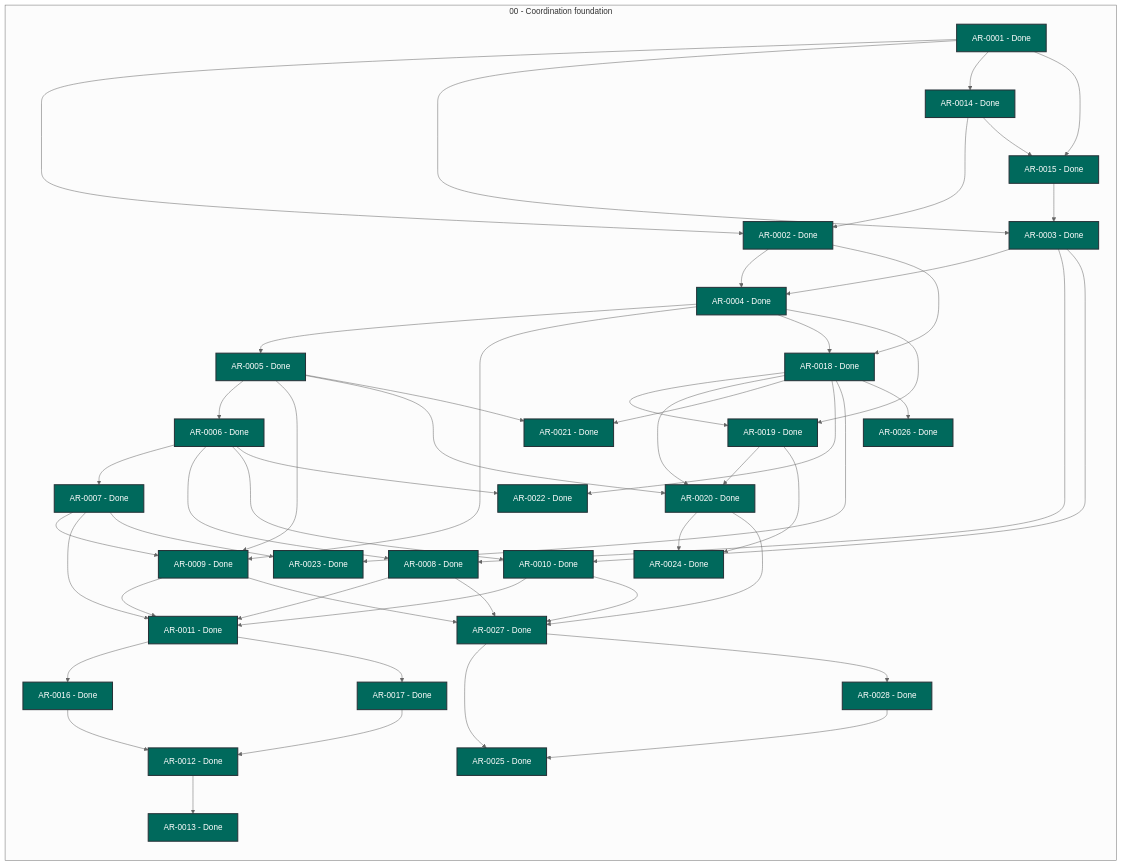
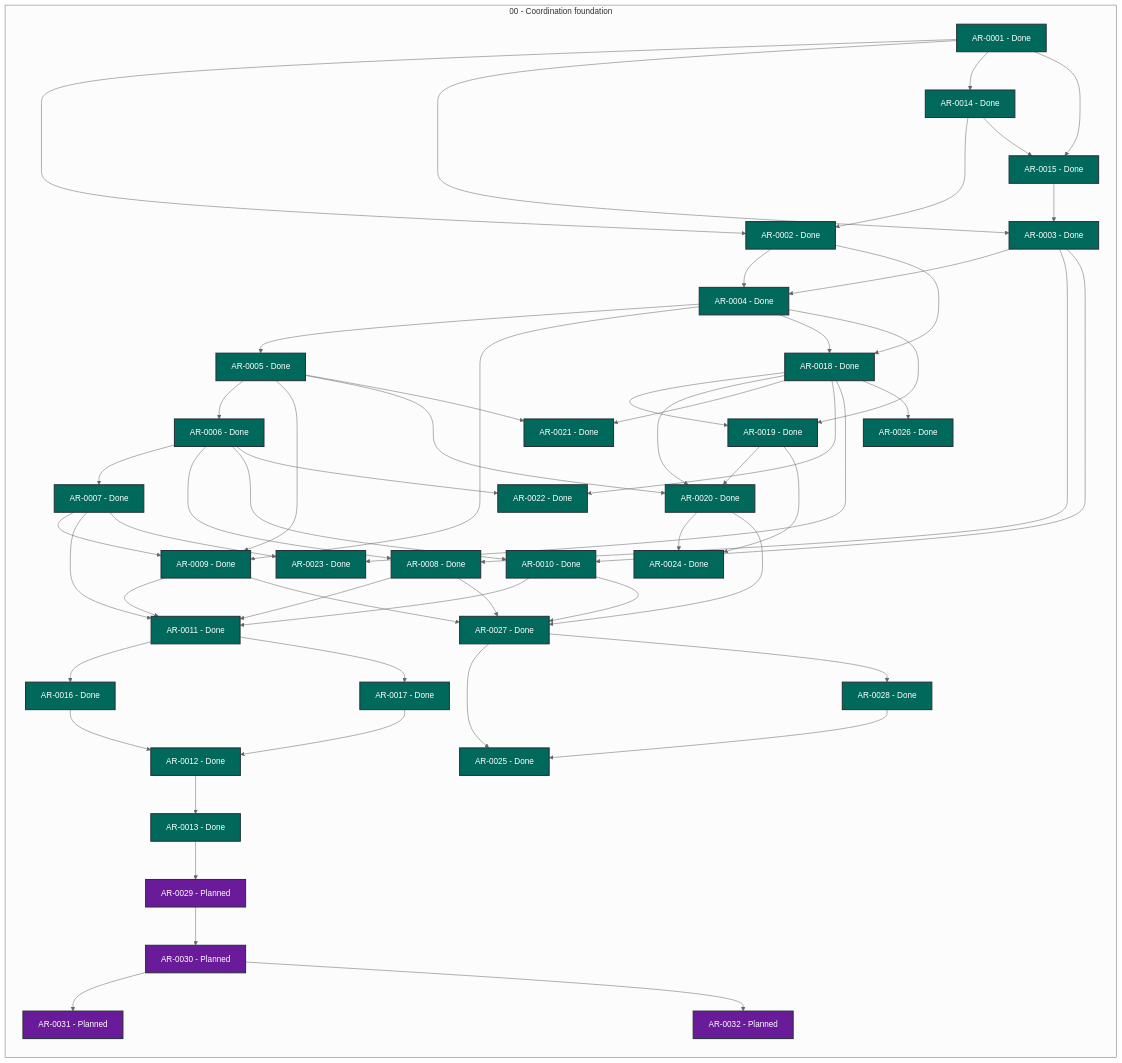
One commit to martin-beck/agent-workflow-tui-state changed the diagram in STATUS.md. Above: the diagram before and after it, drawn with Mermaid (neutral theme). The commit also changed other lines of this file and 1 other file, not shown here.

```diff
--- a/STATUS.md
+++ b/STATUS.md
@@ -56,6 +56,10 @@
         AR_0026["AR-0026 - Done"]:::status_done
         AR_0027["AR-0027 - Done"]:::status_done
         AR_0028["AR-0028 - Done"]:::status_done
+        AR_0029["AR-0029 - Planned"]:::status_planned
+        AR_0030["AR-0030 - Planned"]:::status_planned
+        AR_0031["AR-0031 - Planned"]:::status_planned
+        AR_0032["AR-0032 - Planned"]:::status_planned
     end
     AR_0001 --> AR_0002
     AR_0001 --> AR_0003
@@ -90,6 +94,7 @@
     AR_0011 --> AR_0016
     AR_0011 --> AR_0017
     AR_0012 --> AR_0013
+    AR_0013 --> AR_0029
     AR_0014 --> AR_0002
     AR_0014 --> AR_0015
     AR_0015 --> AR_0003
@@ -108,6 +113,9 @@
     AR_0027 --> AR_0025
     AR_0027 --> AR_0028
     AR_0028 --> AR_0025
+    AR_0029 --> AR_0030
+    AR_0030 --> AR_0031
+    AR_0030 --> AR_0032
     classDef status_in_progress fill:#1565c0,color:#ffffff,stroke:#263238,stroke-width:2px
     classDef status_open fill:#2e7d32,color:#ffffff,stroke:#263238,stroke-width:2px
     classDef status_blocked fill:#c62828,color:#ffffff,stroke:#263238,stroke-width:2px
```
